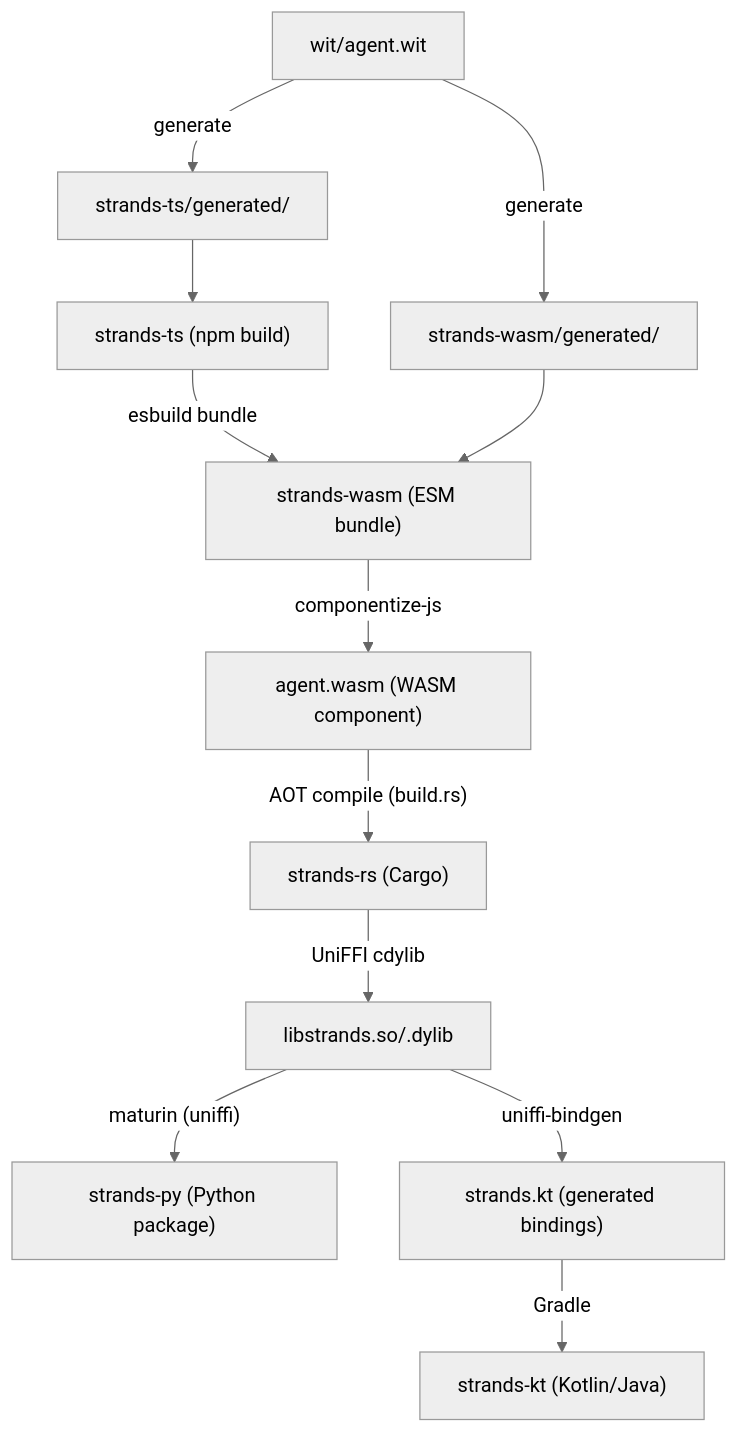
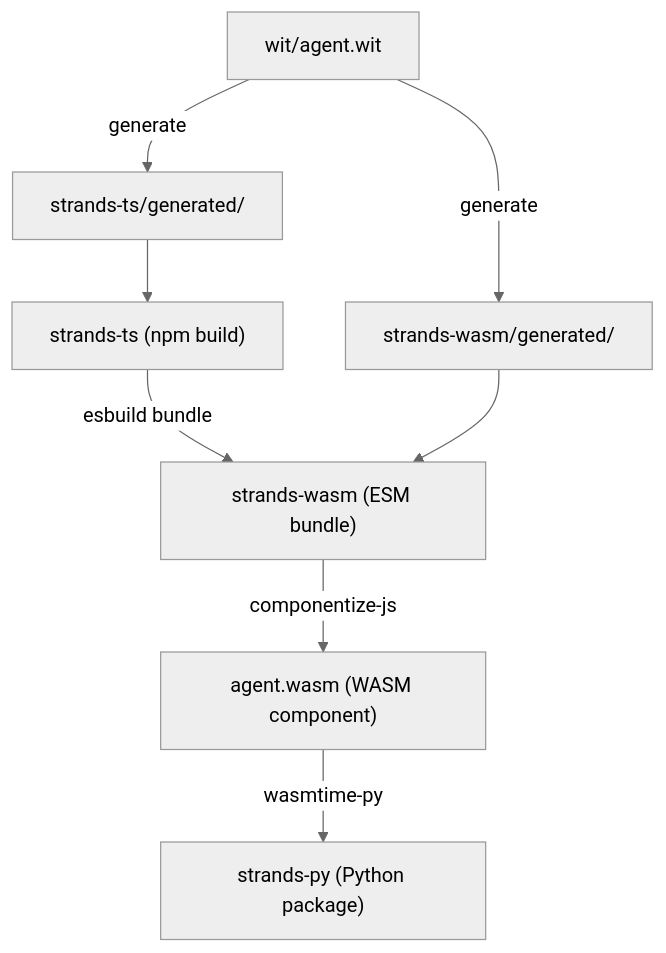
One commit to chaynabors/sdk-typescript changed the diagram in README.md. Above: the diagram before and after it, drawn with Mermaid (neutral theme). The commit also changed other lines of this file and 28 other files, not shown here.

````diff
--- a/README.md
+++ b/README.md
@@ -32,18 +31,11 @@
 ```mermaid
 graph TD
     WIT["wit/agent.wit"] -->|generate| TS_GEN["strands-ts/generated/"]
     WIT -->|generate| WASM_GEN["strands-wasm/generated/"]
 
     TS_GEN --> TS["strands-ts (npm build)"]
     TS -->|esbuild bundle| WASM_BUNDLE["strands-wasm (ESM bundle)"]
     WASM_GEN --> WASM_BUNDLE
     WASM_BUNDLE -->|componentize-js| WASM["agent.wasm (WASM component)"]
-
-    WASM -->|"AOT compile (build.rs)"| RS["strands-rs (Cargo)"]
-    RS -->|UniFFI cdylib| LIB["libstrands.so/.dylib"]
-
-    LIB -->|"maturin (uniffi)"| PY["strands-py (Python package)"]
-
-    LIB -->|uniffi-bindgen| KT_SRC["strands.kt (generated bindings)"]
-    KT_SRC -->|Gradle| KT["strands-kt (Kotlin/Java)"]
+    WASM -->|wasmtime-py| PY["strands-py (Python package)"]
 ```
````
